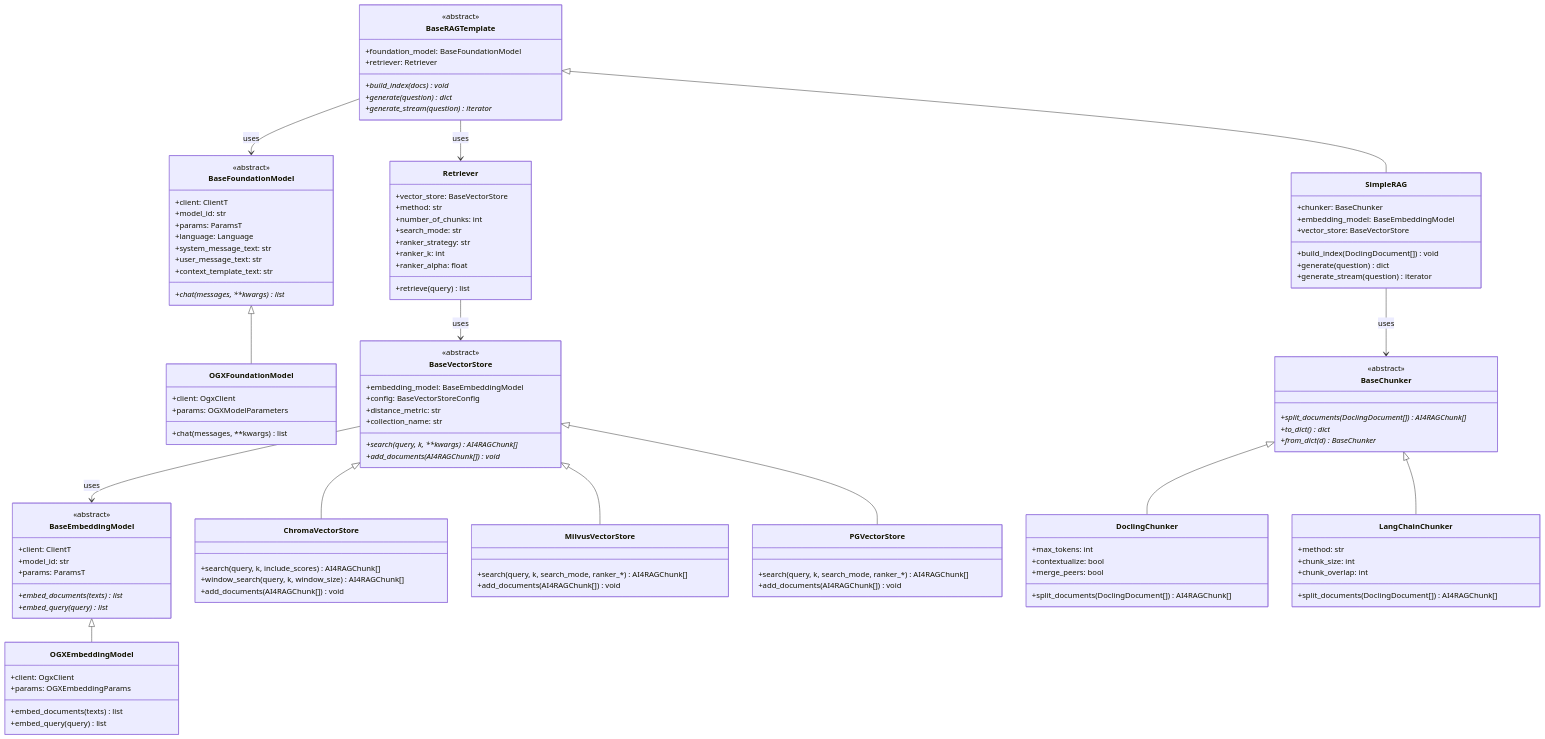
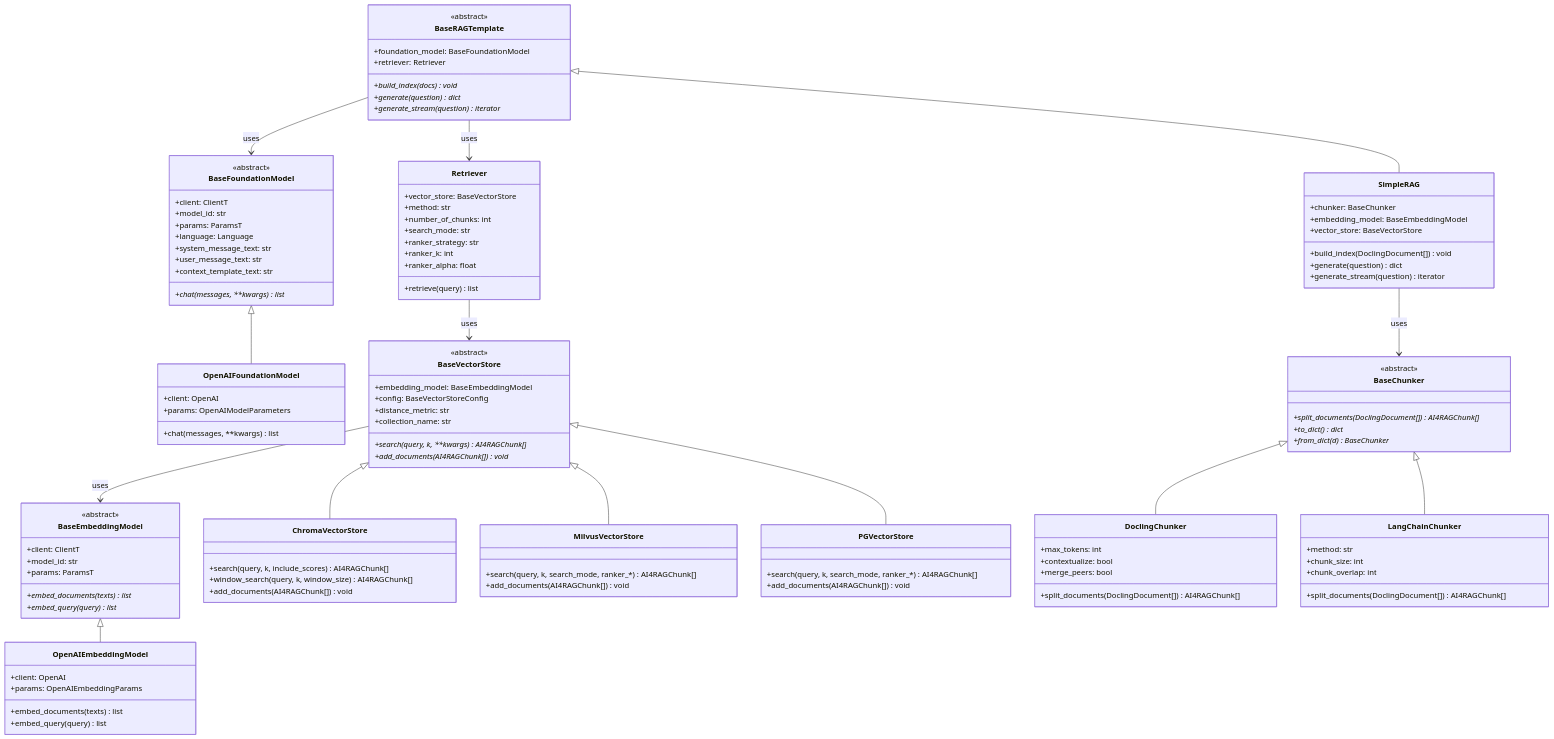
Before and after one commit to IBM/ai4rag: the diagram in docs/architecture/rag-components.md, drawn with Mermaid. The commit also changed other lines of this file and 70 other files, not shown here.

First line of the commit message:
feat(rag)!: replace OGX integration with OpenAI-compatible MaaS client (#125)

```diff
--- a/docs/architecture/rag-components.md
+++ b/docs/architecture/rag-components.md
@@ -20,9 +20,9 @@
         +chat(messages, **kwargs)* list
     }
 
-    class OGXFoundationModel {
-        +client: OgxClient
-        +params: OGXModelParameters
+    class OpenAIFoundationModel {
+        +client: OpenAI
+        +params: OpenAIModelParameters
         +chat(messages, **kwargs) list
     }
 
@@ -35,9 +35,9 @@
         +embed_query(query)* list
     }
 
-    class OGXEmbeddingModel {
-        +client: OgxClient
-        +params: OGXEmbeddingParams
+    class OpenAIEmbeddingModel {
+        +client: OpenAI
+        +params: OpenAIEmbeddingParams
         +embed_documents(texts) list
         +embed_query(query) list
     }
@@ -118,8 +118,8 @@
         +generate_stream(question) iterator
     }
 
-    BaseFoundationModel <|-- OGXFoundationModel
-    BaseEmbeddingModel <|-- OGXEmbeddingModel
+    BaseFoundationModel <|-- OpenAIFoundationModel
+    BaseEmbeddingModel <|-- OpenAIEmbeddingModel
     BaseVectorStore <|-- ChromaVectorStore
     BaseVectorStore <|-- MilvusVectorStore
     BaseVectorStore <|-- PGVectorStore
```
